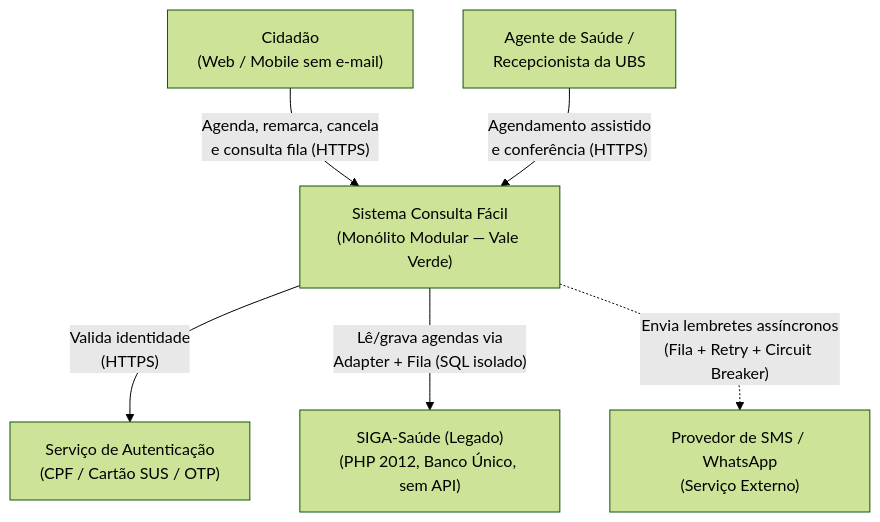
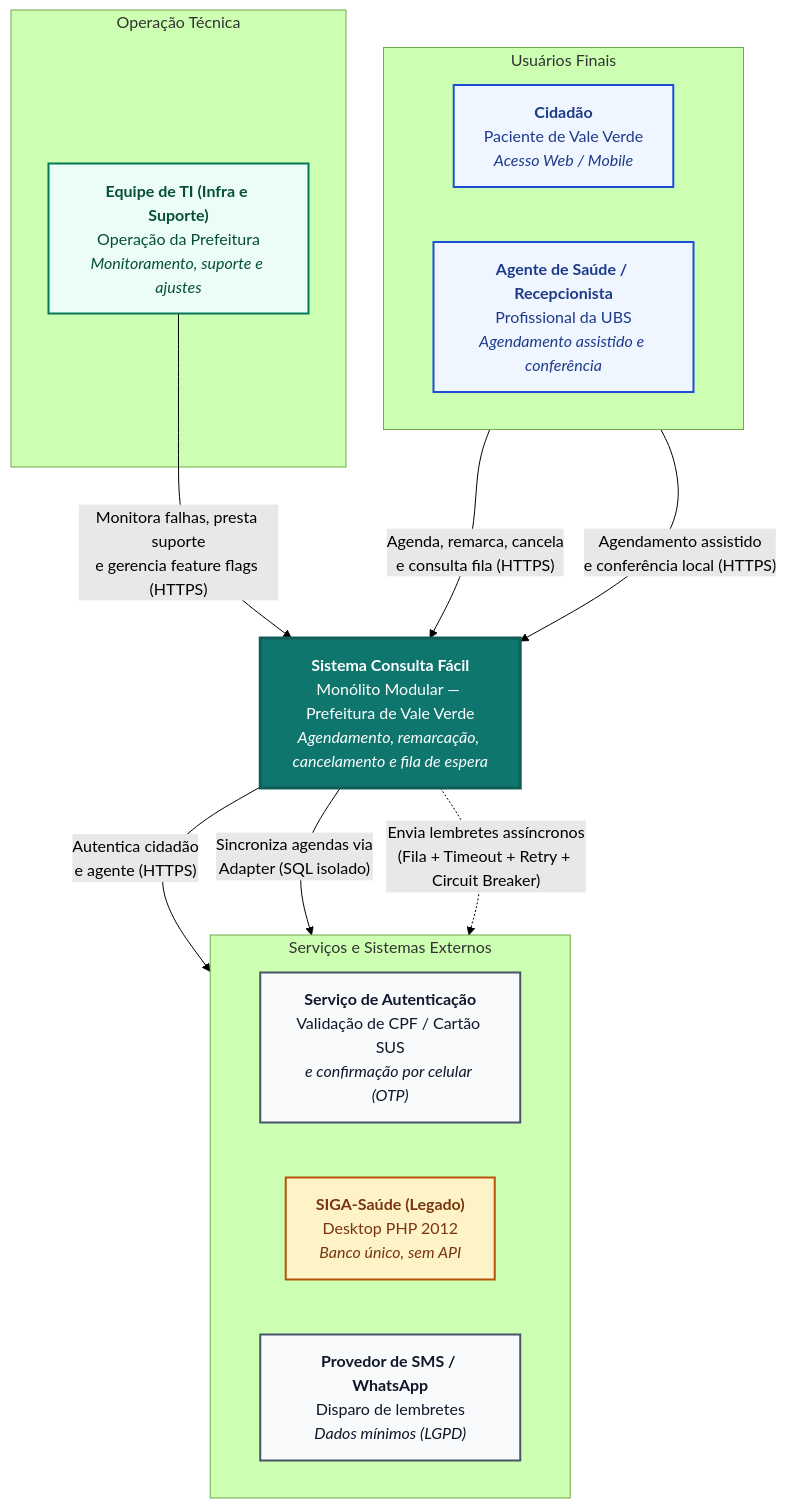
One commit to Tizuey/A3 changed the diagram in README.md. Above: the diagram before and after it, drawn with Mermaid (forest theme).

````diff
--- a/README.md
+++ b/README.md
@@ -43,17 +43,42 @@
 ```mermaid
+%%{init: {'flowchart': {'nodeSpacing': 55, 'rankSpacing': 75}}}%%
 flowchart TB
-    C["Cidadão\n(Web / Mobile sem e-mail)"]
-    A["Agente de Saúde /\nRecepcionista da UBS"]
+    subgraph USUARIOS ["Usuários Finais"]
+        direction LR
+        C["<b>Cidadão</b><br/>Paciente de Vale Verde<br/><i>Acesso Web / Mobile</i>"]
+        A["<b>Agente de Saúde / Recepcionista</b><br/>Profissional da UBS<br/><i>Agendamento assistido e conferência</i>"]
+    end
 
-    CF["Sistema Consulta Fácil\n(Monólito Modular — Vale Verde)"]
+    subgraph OPERACAO ["Operação Técnica"]
+        TI["<b>Equipe de TI (Infra e Suporte)</b><br/>Operação da Prefeitura<br/><i>Monitoramento, suporte e ajustes</i>"]
+    end
 
-    AUTH["Serviço de Autenticação\n(CPF / Cartão SUS / OTP)"]
-    SIGA["SIGA-Saúde (Legado)\n(PHP 2012, Banco Único, sem API)"]
-    SMS["Provedor de SMS / WhatsApp\n(Serviço Externo)"]
+    CF["<b>Sistema Consulta Fácil</b><br/>Monólito Modular — Prefeitura de Vale Verde<br/><i>Agendamento, remarcação, cancelamento e fila de espera</i>"]
 
-    C -->|"Agenda, remarca, cancela\ne consulta fila (HTTPS)"| CF
-    A -->|"Agendamento assistido\ne conferência (HTTPS)"| CF
-    CF -->|"Valida identidade\n(HTTPS)"| AUTH
-    CF -->|"Lê/grava agendas via\nAdapter + Fila (SQL isolado)"| SIGA
-    CF -.->|"Envia lembretes assíncronos\n(Fila + Retry + Circuit Breaker)"| SMS
+    subgraph EXTERNOS ["Serviços e Sistemas Externos"]
+        direction LR
+        AUTH["<b>Serviço de Autenticação</b><br/>Validação de CPF / Cartão SUS<br/><i>e confirmação por celular (OTP)</i>"]
+        SIGA["<b>SIGA-Saúde (Legado)</b><br/>Desktop PHP 2012<br/><i>Banco único, sem API</i>"]
+        SMS["<b>Provedor de SMS / WhatsApp</b><br/>Disparo de lembretes<br/><i>Dados mínimos (LGPD)</i>"]
+    end
+
+    C -->|"Agenda, remarca, cancela<br/>e consulta fila (HTTPS)"| CF
+    A -->|"Agendamento assistido<br/>e conferência local (HTTPS)"| CF
+    TI -->|"Monitora falhas, presta suporte<br/>e gerencia feature flags (HTTPS)"| CF
+
+    CF -->|"Autentica cidadão<br/>e agente (HTTPS)"| AUTH
+    CF -->|"Sincroniza agendas via<br/>Adapter (SQL isolado)"| SIGA
+    CF -.->|"Envia lembretes assíncronos<br/>(Fila + Timeout + Retry + Circuit Breaker)"| SMS
+
+    classDef user fill:#eff6ff,stroke:#1d4ed8,stroke-width:2px,color:#1e3a8a
+    classDef ops fill:#ecfdf5,stroke:#047857,stroke-width:2px,color:#064e3b
+    classDef core fill:#0f766e,stroke:#115e59,stroke-width:3px,color:#ffffff
+    classDef ext fill:#f8fafc,stroke:#475569,stroke-width:2px,color:#0f172a
+    classDef legacy fill:#fef3c7,stroke:#b45309,stroke-width:2px,color:#78350f
+
+    class C,A user
+    class TI ops
+    class CF core
+    class AUTH,SMS ext
+    class SIGA legacy
 ```
````
